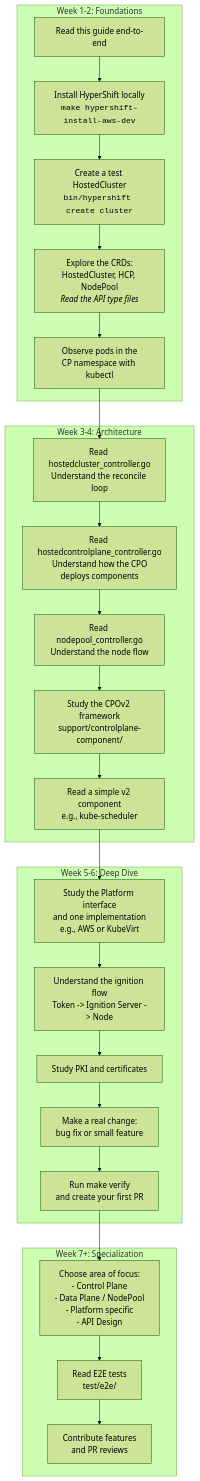
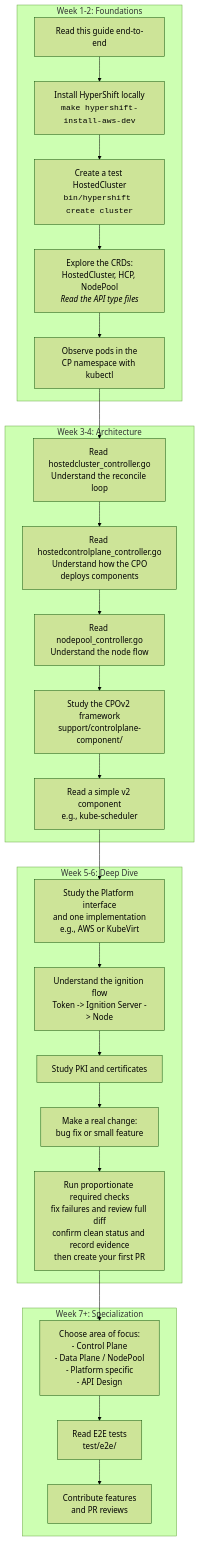
One commit to openshift/hypershift changed the diagram in docs/content/getting-started/onboarding/index.md. Above: the diagram before and after it, drawn with Mermaid (forest theme). The commit also changed other lines of this file and 2 other files, not shown here.

Commit message:
docs: align PR template and onboarding validation
Keep the PR template and onboarding path consistent with proportionate
pre-PR validation guidance, including the learning-path diagram.

Retain mandatory change-specific checks, required CI and the API update
workflow, while requesting explicit command results or review evidence.

````diff
--- a/docs/content/getting-started/onboarding/index.md
+++ b/docs/content/getting-started/onboarding/index.md
@@ -25,39 +25,39 @@
 ```mermaid
 graph TD
     subgraph "Week 1-2: Foundations"
         S1A[Read this guide end-to-end]
         S1B[Install HyperShift locally<br/><code>make hypershift-install-aws-dev</code>]
         S1C[Create a test HostedCluster<br/><code>bin/hypershift create cluster</code>]
         S1D[Explore the CRDs:<br/>HostedCluster, HCP, NodePool<br/><i>Read the API type files</i>]
         S1E[Observe pods in the<br/>CP namespace with kubectl]
     end
 
     subgraph "Week 3-4: Architecture"
         S2A[Read hostedcluster_controller.go<br/>Understand the reconcile loop]
         S2B[Read hostedcontrolplane_controller.go<br/>Understand how the CPO<br/>deploys components]
         S2C[Read nodepool_controller.go<br/>Understand the node flow]
         S2D[Study the CPOv2 framework<br/>support/controlplane-component/]
         S2E[Read a simple v2 component<br/>e.g., kube-scheduler]
     end
 
     subgraph "Week 5-6: Deep Dive"
         S3A[Study the Platform interface<br/>and one implementation<br/>e.g., AWS or KubeVirt]
         S3B[Understand the ignition flow<br/>Token -> Ignition Server -> Node]
         S3C[Study PKI and certificates]
         S3D[Make a real change:<br/>bug fix or small feature]
-        S3E[Run make verify<br/>and create your first PR]
+        S3E[Run proportionate required checks<br/>fix failures and review full diff<br/>confirm clean status and record evidence<br/>then create your first PR]
     end
 
     subgraph "Week 7+: Specialization"
         S4A[Choose area of focus:<br/>- Control Plane<br/>- Data Plane / NodePool<br/>- Platform specific<br/>- API Design]
         S4B[Read E2E tests<br/>test/e2e/]
         S4C[Contribute features<br/>and PR reviews]
     end
 
     S1A --> S1B --> S1C --> S1D --> S1E
     S1E --> S2A
     S2A --> S2B --> S2C --> S2D --> S2E
     S2E --> S3A
     S3A --> S3B --> S3C --> S3D --> S3E
     S3E --> S4A --> S4B --> S4C
 ```
````
